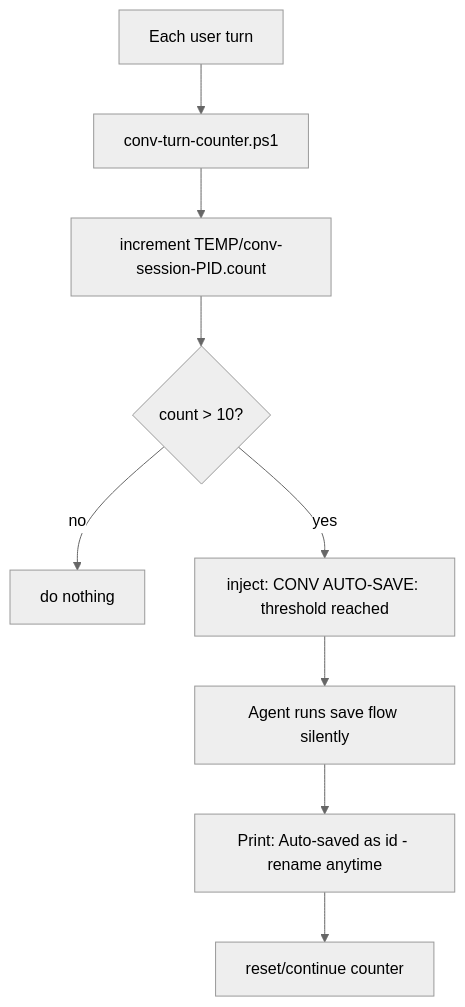
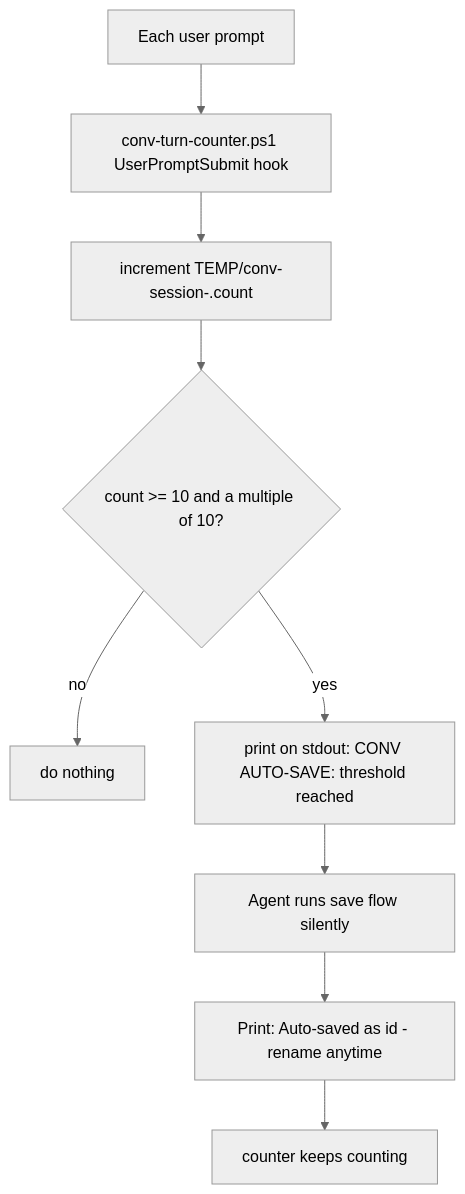
Before and after one commit to egoisth777/relay: the ninth of 10 diagrams in .arca/space/conversate-sp/what/flows.md, drawn with Mermaid (neutral theme). The commit also changed other lines of this file and 34 other files, not shown here.

````diff
--- a/.arca/space/conversate-sp/what/flows.md
+++ b/.arca/space/conversate-sp/what/flows.md
@@ -208,11 +208,11 @@
 ```mermaid
 flowchart TD
-    A[Each user turn] --> B[conv-turn-counter.ps1]
-    B --> C[increment TEMP/conv-session-PID.count]
-    C --> D{count > 10?}
+    A[Each user prompt] --> B[conv-turn-counter.ps1 UserPromptSubmit hook]
+    B --> C[increment TEMP/conv-session-<session_id>.count]
+    C --> D{count >= 10 and a multiple of 10?}
     D -->|no| E[do nothing]
-    D -->|yes| F[inject: CONV AUTO-SAVE: threshold reached]
+    D -->|yes| F[print on stdout: CONV AUTO-SAVE: threshold reached]
     F --> G[Agent runs save flow silently]
     G --> H[Print: Auto-saved as id - rename anytime]
-    H --> I[reset/continue counter]
+    H --> I[counter keeps counting]
 ```
````
